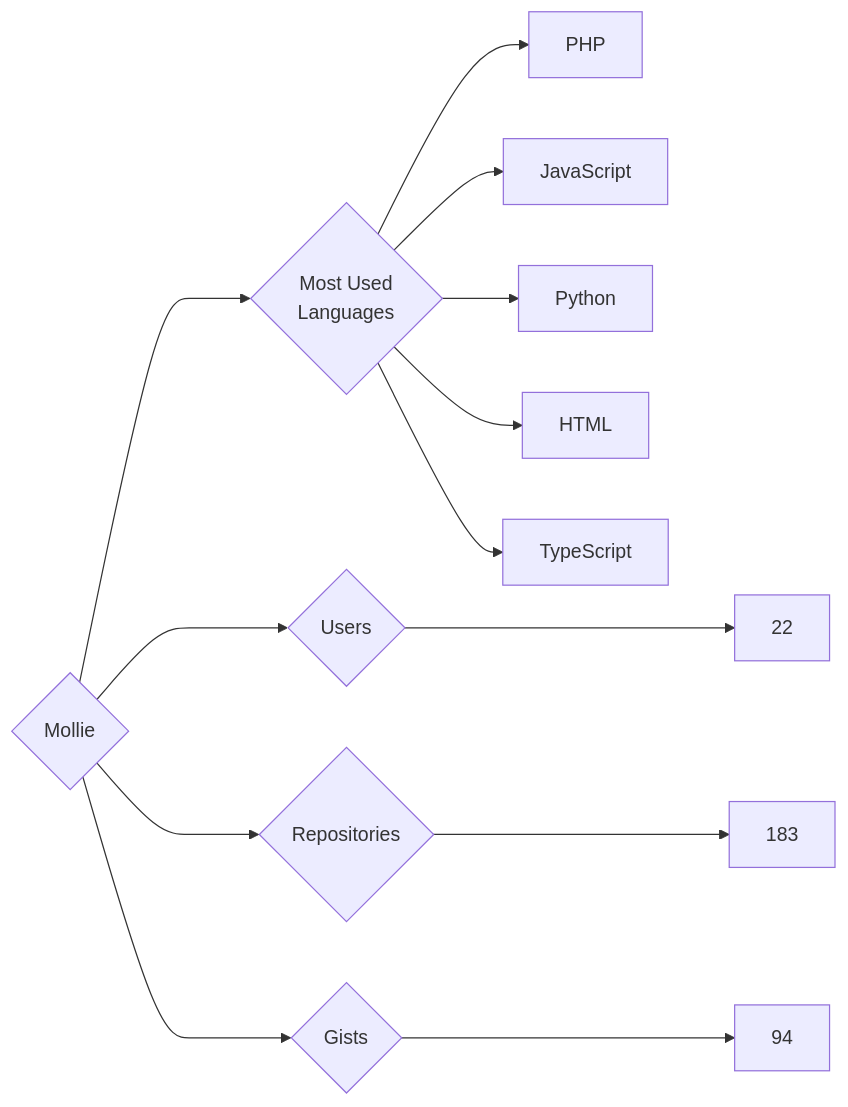
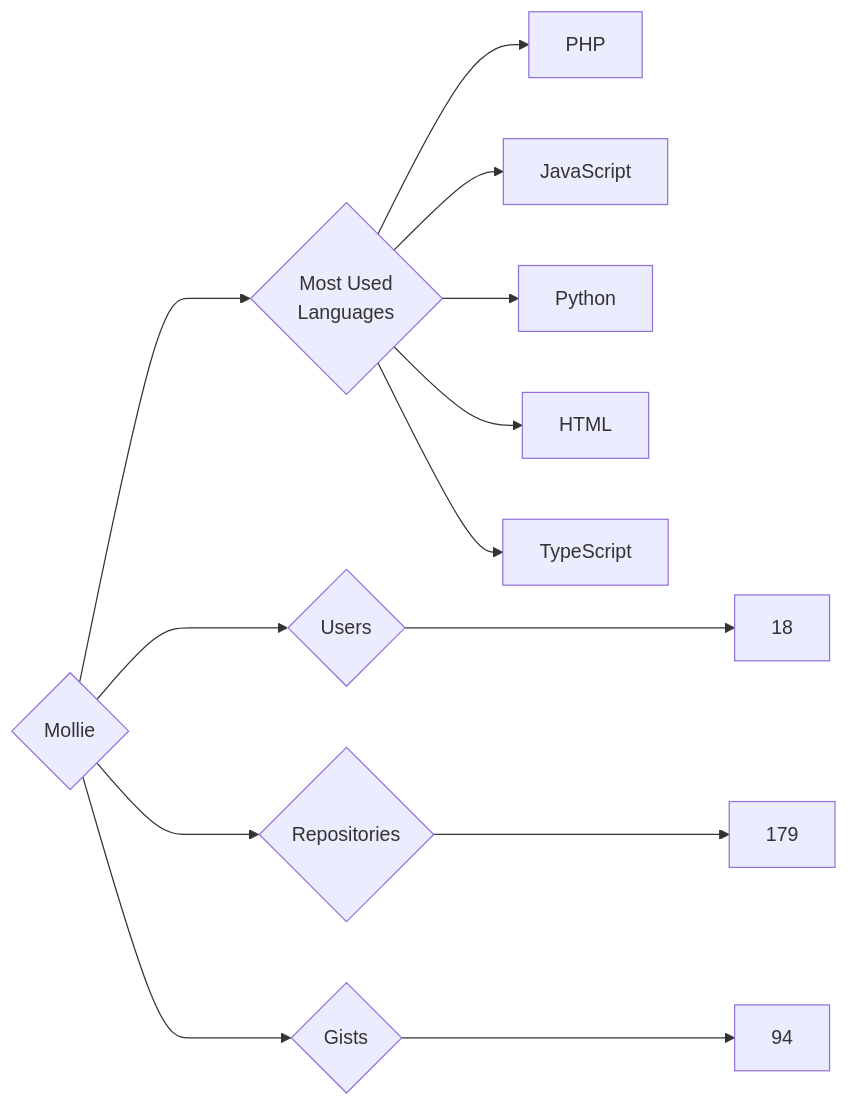
Before and after one commit to trickest/insiders: the diagram in targets/Mollie/README.md, drawn with Mermaid. The commit also changed 860 other files, not shown here.

````diff
--- a/targets/Mollie/README.md
+++ b/targets/Mollie/README.md
@@ -3,13 +3,13 @@
 ```mermaid
 graph LR
 COMPANY_NAME{Mollie}
-COMPANY_NAME ---> U{Users} ---> UN[22]
-COMPANY_NAME ---> R{Repositories} ---> RN[183]
+COMPANY_NAME ---> U{Users} ---> UN[18]
+COMPANY_NAME ---> R{Repositories} ---> RN[179]
 COMPANY_NAME ---> G{Gists} ---> GN[94]
 COMPANY_NAME ---> ML{Most Used<br>Languages}
 ML --> PHP[PHP]
 ML --> JavaScript[JavaScript]
 ML --> Python[Python]
 ML --> HTML[HTML]
 ML --> TypeScript[TypeScript]
 ```
````
